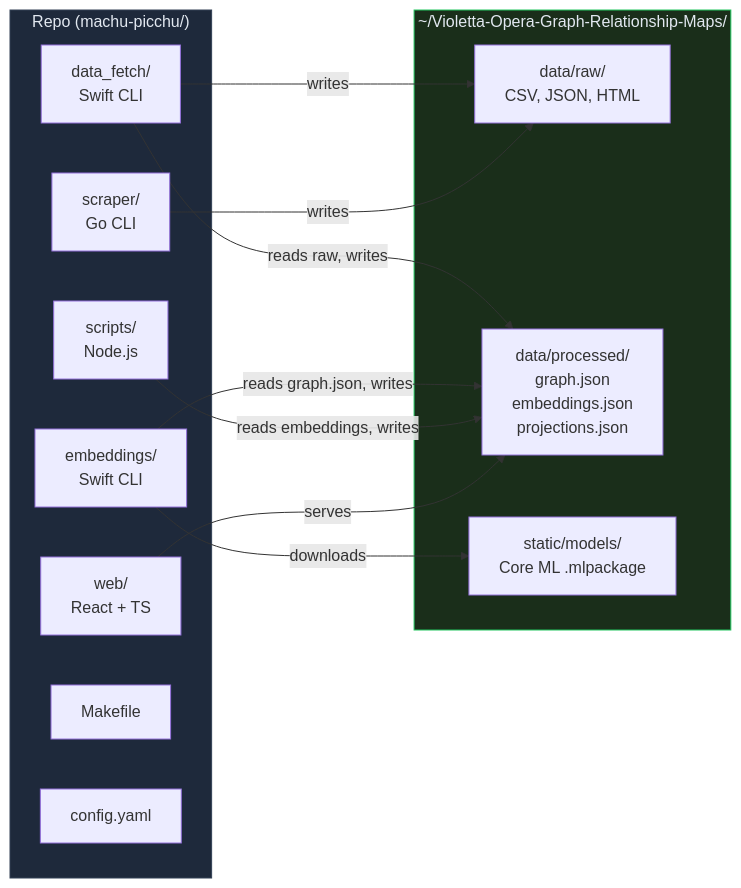
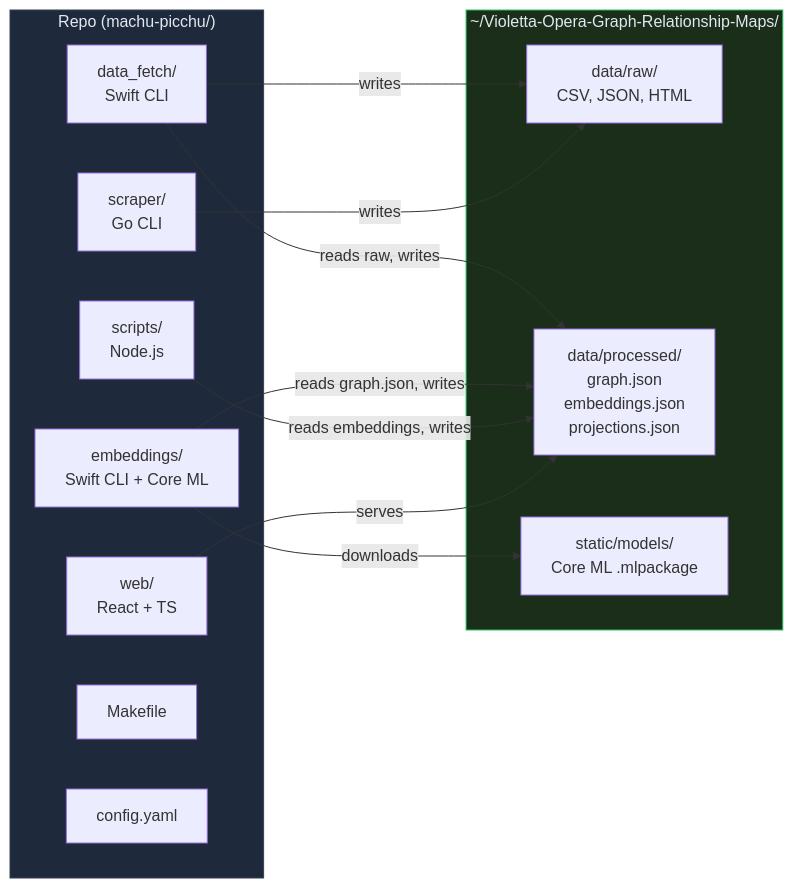
The sixth of 9 diagrams in README.md (ParkWardRR/Violetta-Opera-Graph-Relationship-Maps), drawn with Mermaid before and after one commit. The commit also changed other lines of this file and 38 other files, not shown here.

````diff
--- a/README.md
+++ b/README.md
@@ -151,29 +387,29 @@
 ```mermaid
 graph LR
     subgraph Repo["Repo (machu-picchu/)"]
         DF["data_fetch/\nSwift CLI"]
-        EM["embeddings/\nSwift CLI"]
+        EM["embeddings/\nSwift CLI + Core ML"]
         SC["scraper/\nGo CLI"]
         SR["scripts/\nNode.js"]
         WB["web/\nReact + TS"]
         MK["Makefile"]
         CF["config.yaml"]
     end
 
     subgraph Static["~/Violetta-Opera-Graph-Relationship-Maps/"]
         DR["data/raw/\nCSV, JSON, HTML"]
         DP["data/processed/\ngraph.json\nembeddings.json\nprojections.json"]
         SM["static/models/\nCore ML .mlpackage"]
     end
 
     DF -->|"writes"| DR
     SC -->|"writes"| DR
     DF -->|"reads raw, writes"| DP
     EM -->|"reads graph.json, writes"| DP
     EM -->|"downloads"| SM
     SR -->|"reads embeddings, writes"| DP
     WB -->|"serves"| DP
 
     style Repo fill:#1e293b,stroke:#334155,color:#e2e8f0
     style Static fill:#1a2e1a,stroke:#22c55e,color:#e2e8f0
 ```
````
